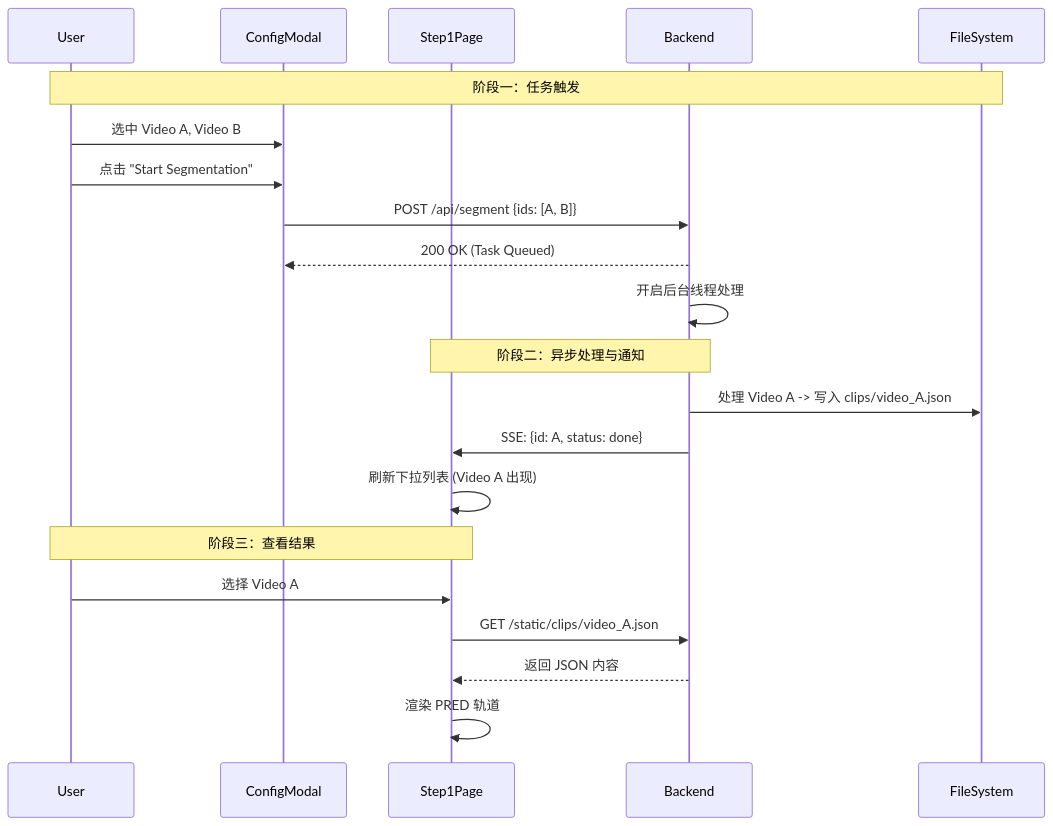
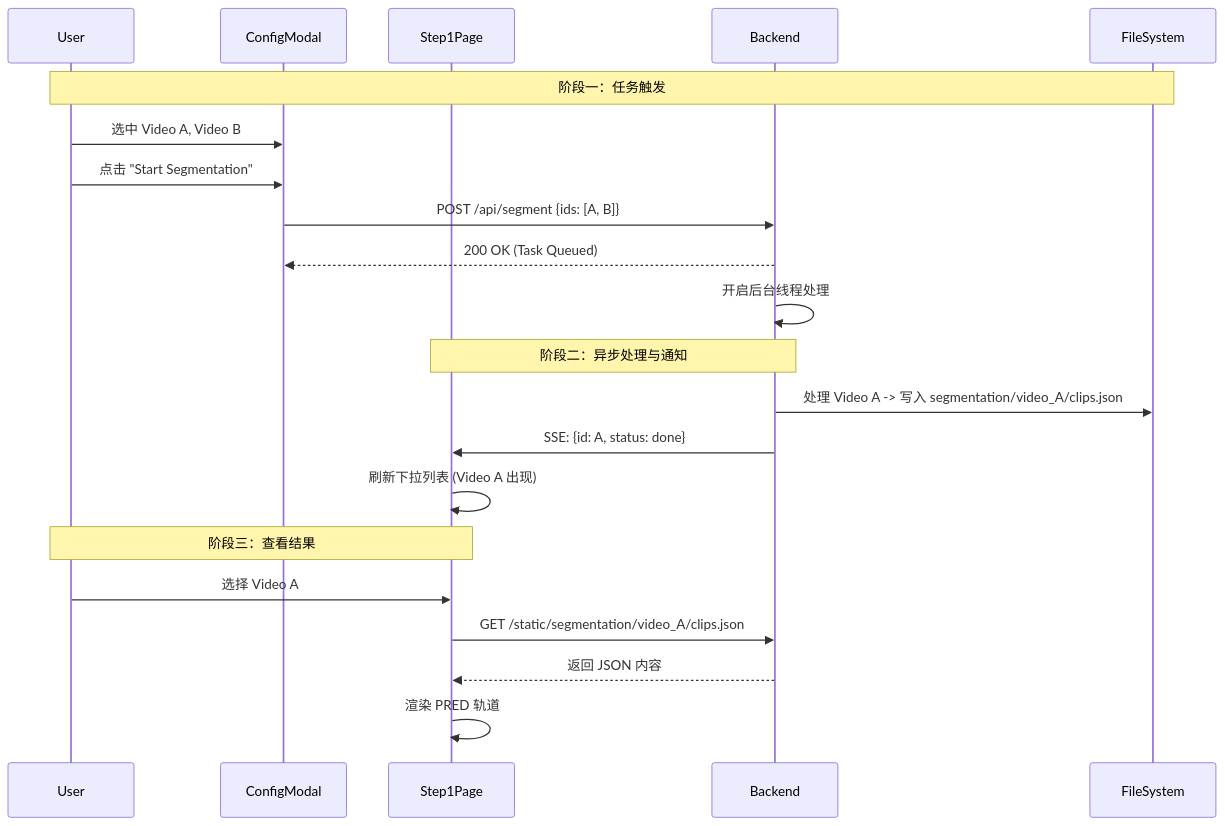
The diagram in STAGE1_PLAN.md (shaowenfu/VidSynth), drawn with Mermaid before and after one commit. The commit also changed other lines of this file and 20 other files, not shown here.

````diff
--- a/STAGE1_PLAN.md
+++ b/STAGE1_PLAN.md
@@ -124,26 +133,26 @@
 ```mermaid
 sequenceDiagram
     participant User
     participant ConfigModal
     participant Step1Page
     participant Backend
     participant FileSystem
 
     Note over User, FileSystem: 阶段一：任务触发
     User->>ConfigModal: 选中 Video A, Video B
     User->>ConfigModal: 点击 "Start Segmentation"
     ConfigModal->>Backend: POST /api/segment {ids: [A, B]}
     Backend-->>ConfigModal: 200 OK (Task Queued)
     Backend->>Backend: 开启后台线程处理
 
     Note over Backend, Step1Page: 阶段二：异步处理与通知
-    Backend->>FileSystem: 处理 Video A -> 写入 clips/video_A.json
+        Backend->>FileSystem: 处理 Video A -> 写入 segmentation/video_A/clips.json
     Backend->>Step1Page: SSE: {id: A, status: done}
     Step1Page->>Step1Page: 刷新下拉列表 (Video A 出现)
 
     Note over User, Step1Page: 阶段三：查看结果
     User->>Step1Page: 选择 Video A
-    Step1Page->>Backend: GET /static/clips/video_A.json
+    Step1Page->>Backend: GET /static/segmentation/video_A/clips.json
     Backend-->>Step1Page: 返回 JSON 内容
     Step1Page->>Step1Page: 渲染 PRED 轨道
 ```
````
